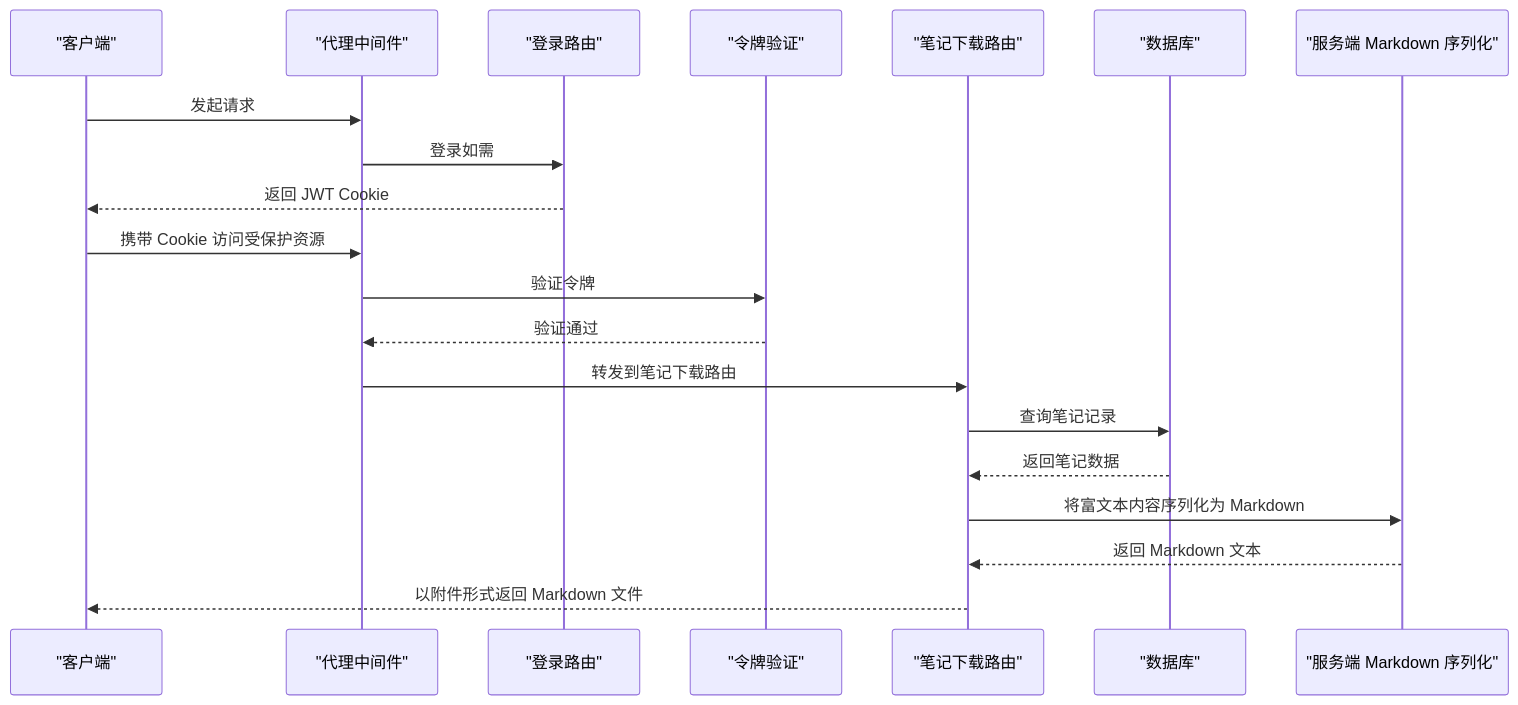
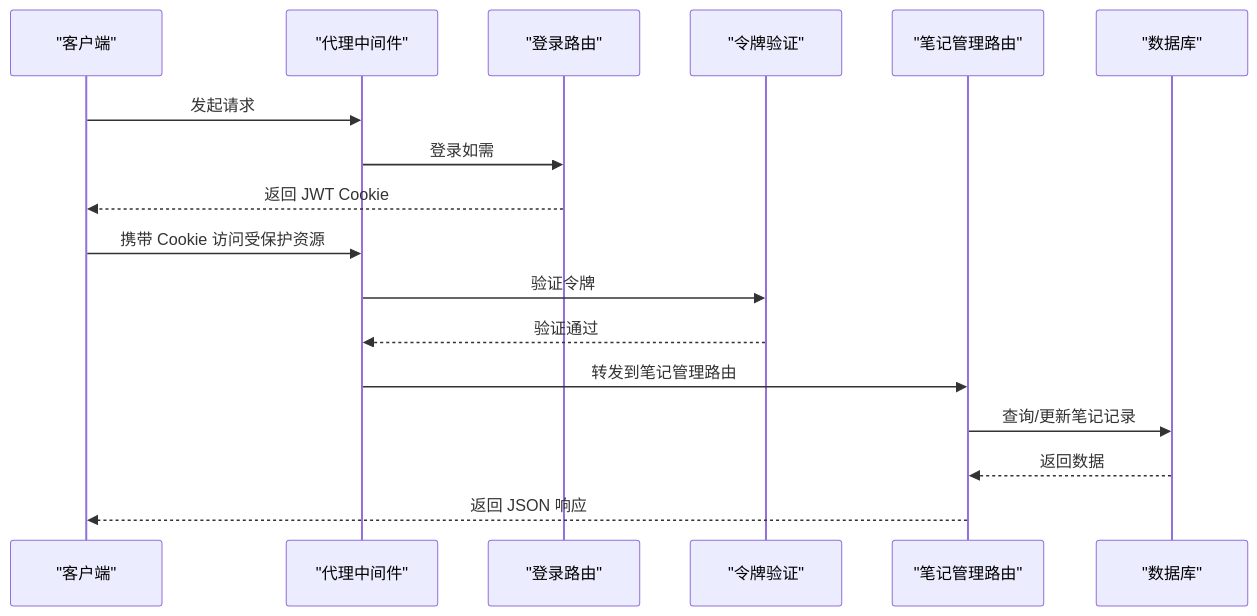
Before and after one commit to BlackBoxRecorder/uninote: the second of 4 diagrams in .qoder/repowiki/zh/content/API 接口文档/笔记 API/笔记下载接口.md, drawn with Mermaid. The commit also changed other lines of this file and 7 other files, not shown here.

````diff
--- a/.qoder/repowiki/zh/content/API 接口文档/笔记 API/笔记下载接口.md
+++ b/.qoder/repowiki/zh/content/API 接口文档/笔记 API/笔记下载接口.md
@@ -125,22 +151,19 @@
 ```mermaid
 sequenceDiagram
 participant Client as "客户端"
 participant Proxy as "代理中间件"
 participant Login as "登录路由"
 participant Verify as "令牌验证"
-participant Route as "笔记下载路由"
+participant Notes as "笔记管理路由"
 participant DB as "数据库"
-participant MD as "服务端 Markdown 序列化"
 Client->>Proxy : 发起请求
 Proxy->>Login : 登录如需
 Login-->>Client : 返回 JWT Cookie
 Client->>Proxy : 携带 Cookie 访问受保护资源
 Proxy->>Verify : 验证令牌
 Verify-->>Proxy : 验证通过
-Proxy->>Route : 转发到笔记下载路由
-Route->>DB : 查询笔记记录
-DB-->>Route : 返回笔记数据
-Route->>MD : 将富文本内容序列化为 Markdown
-MD-->>Route : 返回 Markdown 文本
-Route-->>Client : 以附件形式返回 Markdown 文件
+Proxy->>Notes : 转发到笔记管理路由
+Notes->>DB : 查询/更新笔记记录
+DB-->>Notes : 返回数据
+Notes-->>Client : 返回 JSON 响应
 ```
````
